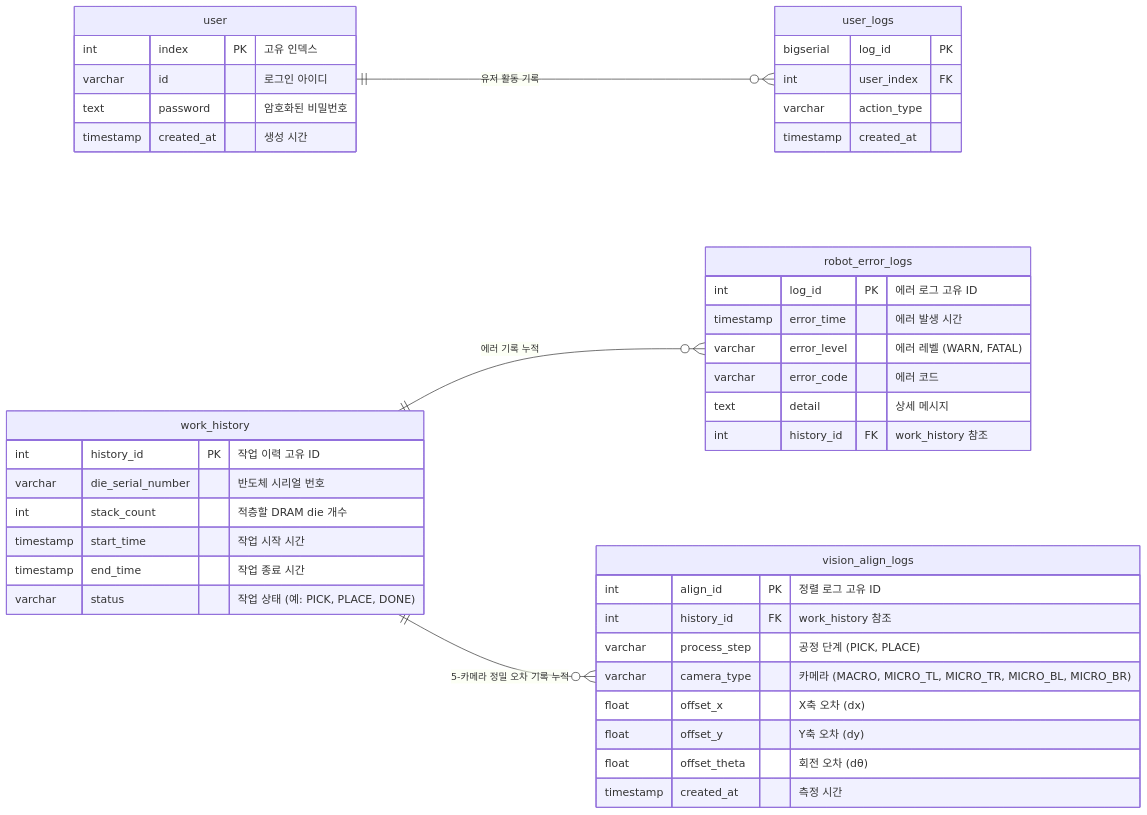
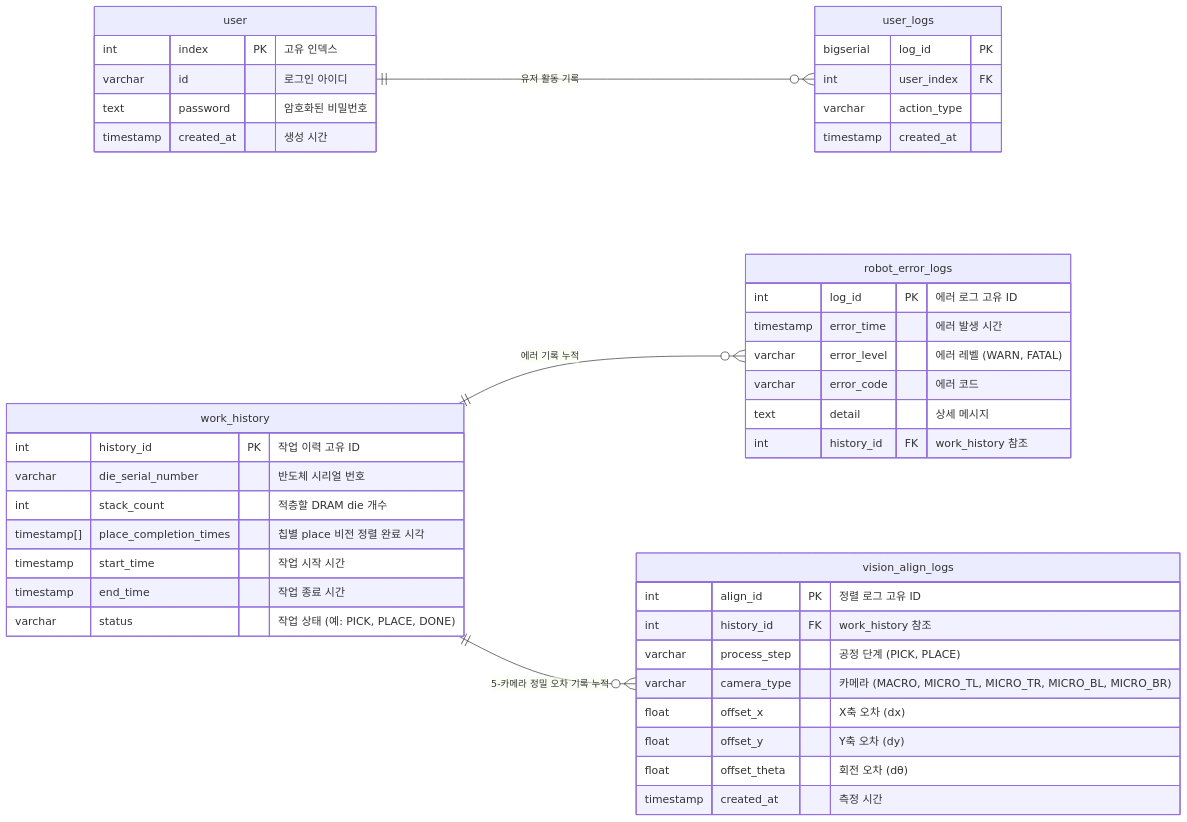
The diagram in docs/db_table.md (Tae-Geon-Kim/INHA-Ros2-Vision-Die-Bonder-Sim), drawn with Mermaid before and after one commit. The commit also changed 18 other files, not shown here.

````diff
--- a/docs/db_table.md
+++ b/docs/db_table.md
@@ -1,50 +1,51 @@
 ```mermaid
 erDiagram
 	direction LR
 	user {
 		int index PK "고유 인덱스"  
 		varchar id  "로그인 아이디"  
 		text password  "암호화된 비밀번호"  
 		timestamp created_at  "생성 시간"  
 	}
 
 	user_logs {
 		bigserial log_id PK ""  
 		int user_index FK ""  
 		varchar action_type  ""  
 		timestamp created_at  ""  
 	}
 
 	work_history {
 		int history_id PK "작업 이력 고유 ID"  
 		varchar die_serial_number  "반도체 시리얼 번호"  
 		int stack_count  "적층할 DRAM die 개수"
+		timestamp[] place_completion_times  "칩별 place 비전 정렬 완료 시각"
 		timestamp start_time  "작업 시작 시간"  
 		timestamp end_time  "작업 종료 시간"  
 		varchar status  "작업 상태 (예: PICK, PLACE, DONE)"  
 	}
 
 	robot_error_logs {
 		int log_id PK "에러 로그 고유 ID"  
 		timestamp error_time  "에러 발생 시간"  
 		varchar error_level  "에러 레벨 (WARN, FATAL)"  
 		varchar error_code  "에러 코드"  
 		text detail  "상세 메시지"  
 		int history_id FK "work_history 참조"  
 	}
 
 	vision_align_logs {
 		int align_id PK "정렬 로그 고유 ID"  
 		int history_id FK "work_history 참조"  
 		varchar process_step  "공정 단계 (PICK, PLACE)"  
 		varchar camera_type  "카메라 (MACRO, MICRO_TL, MICRO_TR, MICRO_BL, MICRO_BR)"  
 		float offset_x  "X축 오차 (dx)"  
 		float offset_y  "Y축 오차 (dy)"  
 		float offset_theta  "회전 오차 (dθ)"  
 		timestamp created_at  "측정 시간"  
 	}
 
 	user||--o{user_logs:"유저 활동 기록"
 	work_history||--o{robot_error_logs:"에러 기록 누적"
 	work_history||--o{vision_align_logs:"5-카메라 정밀 오차 기록 누적"
 ```
````
